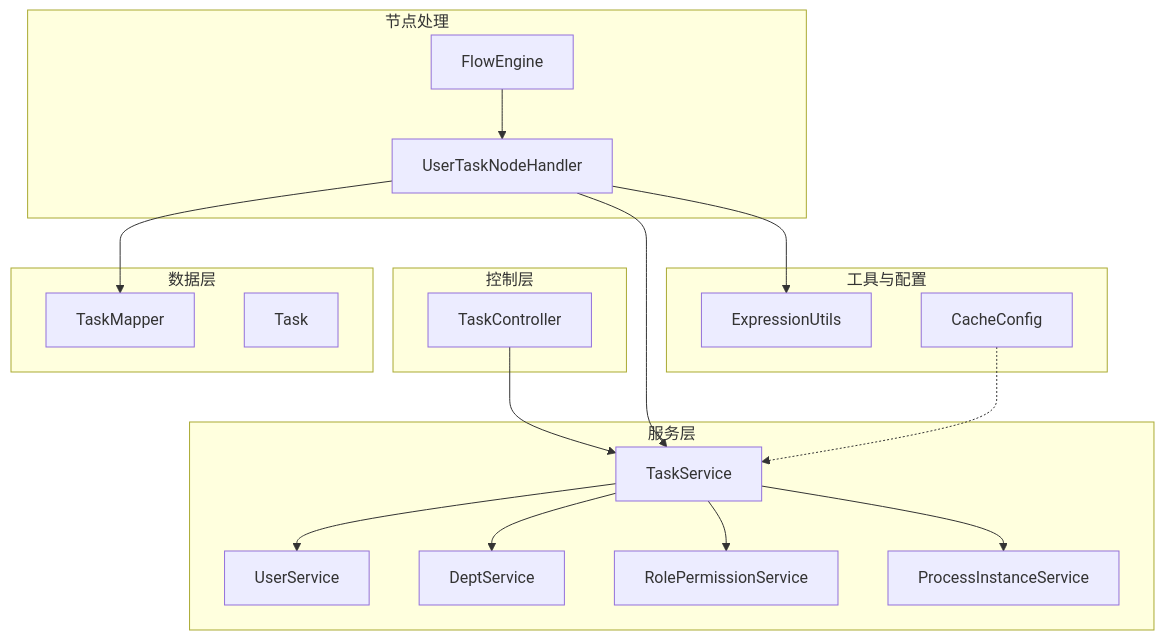
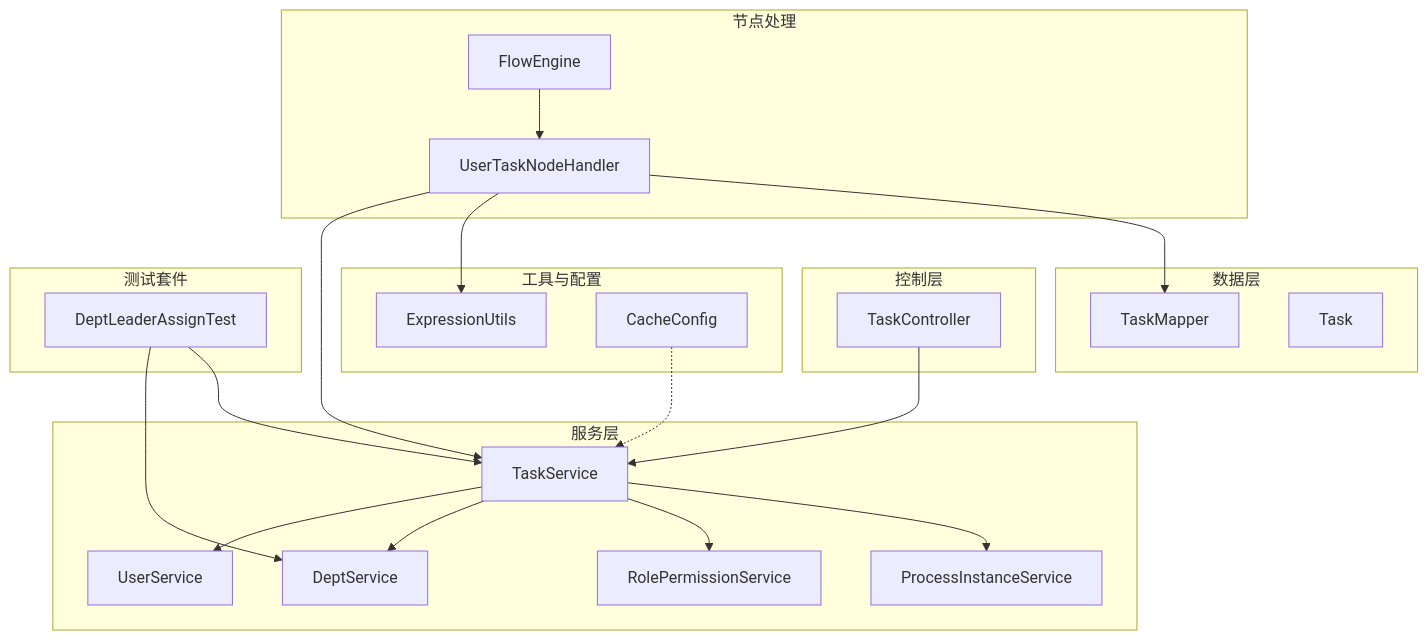
One commit to liming-lihaini/workflow changed the first of 7 diagrams in .qoder/repowiki/zh/content/任务管理/任务分配策略.md. Above: the diagram before and after it, drawn with Mermaid. The commit also changed other lines of this file and 49 other files, not shown here.

````diff
--- a/.qoder/repowiki/zh/content/任务管理/任务分配策略.md
+++ b/.qoder/repowiki/zh/content/任务管理/任务分配策略.md
@@ -57,35 +66,40 @@
 ```mermaid
 graph TB
 subgraph "控制层"
 TC["TaskController"]
 end
 subgraph "服务层"
 TS["TaskService"]
 US["UserService"]
 DS["DeptService"]
 RPS["RolePermissionService"]
 PIS["ProcessInstanceService"]
 end
 subgraph "节点处理"
 UTH["UserTaskNodeHandler"]
 FE["FlowEngine"]
 end
 subgraph "工具与配置"
 EU["ExpressionUtils"]
 CC["CacheConfig"]
 end
 subgraph "数据层"
 TM["TaskMapper"]
 T["Task"]
 end
+subgraph "测试套件"
+DLAT["DeptLeaderAssignTest"]
+end
 TC --> TS
 TS --> US
 TS --> DS
 TS --> RPS
 TS --> PIS
 UTH --> TS
 UTH --> EU
 UTH --> TM
 FE --> UTH
 CC -.-> TS
+DLAT --> DS
+DLAT --> TS
 ```
````
